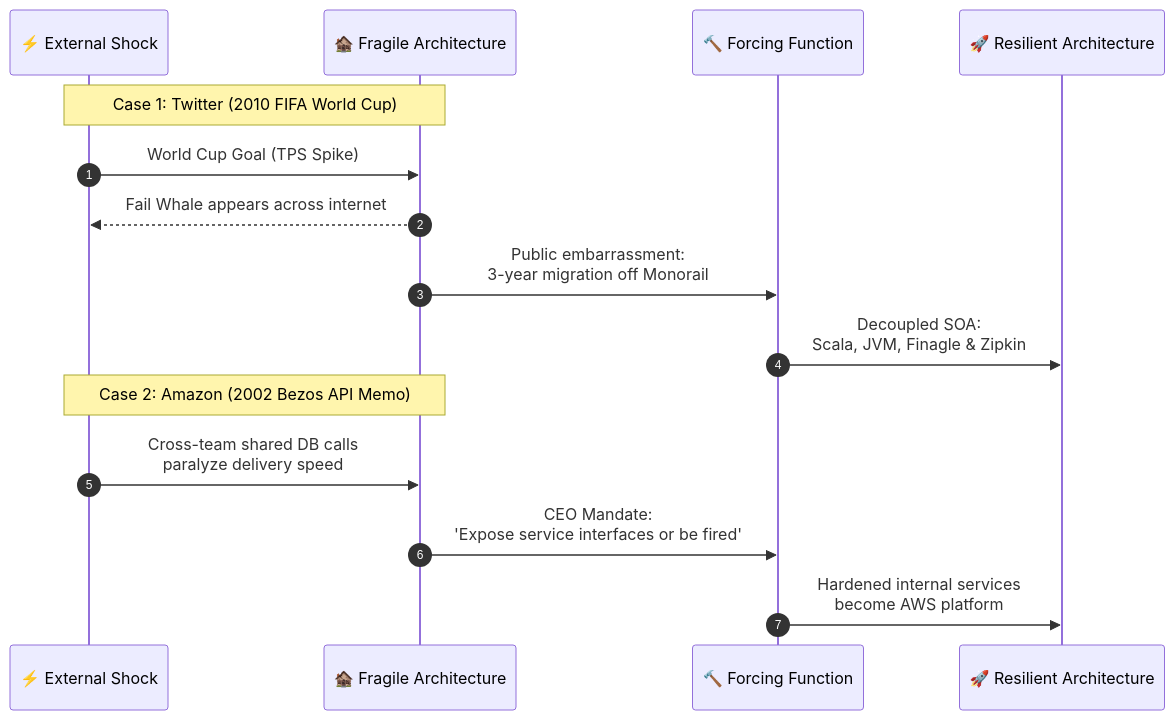
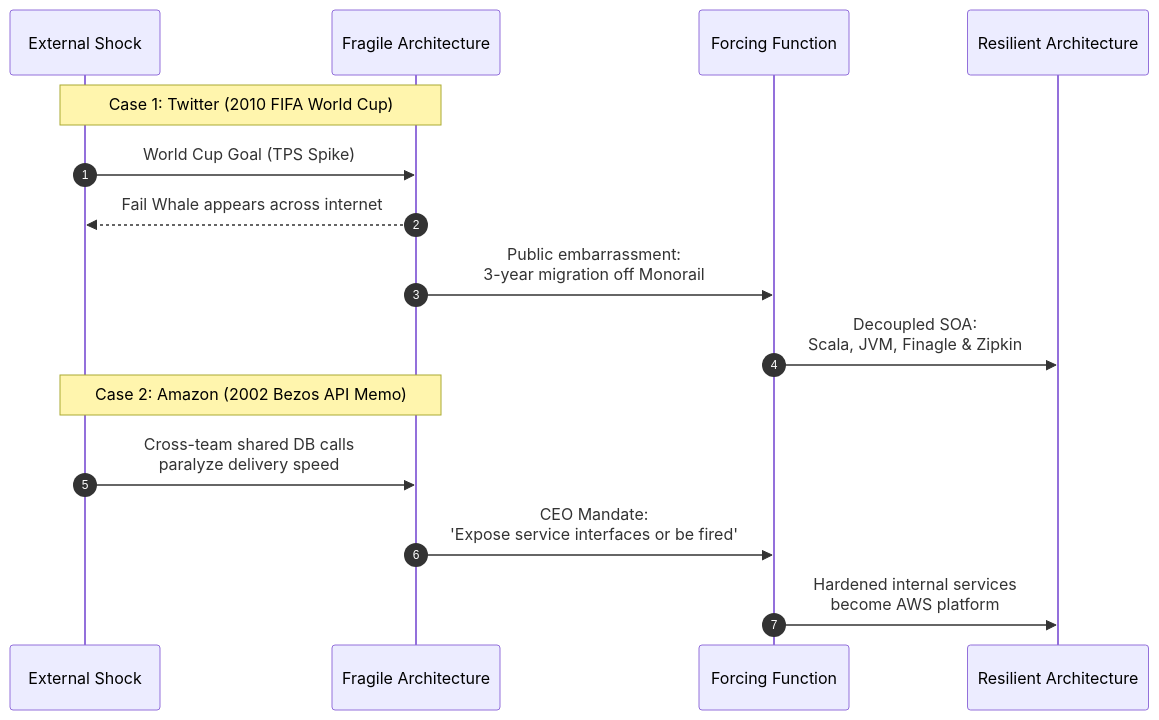
The fourth of 4 diagrams in 01-filestructure/README.md (Dustu103/system-design), drawn with Mermaid before and after one commit. The commit also changed other lines of this file and 1 other file, not shown here.

````diff
--- a/01-filestructure/README.md
+++ b/01-filestructure/README.md
@@ -101,19 +101,19 @@
 ```mermaid
 sequenceDiagram
     autonumber
-    participant Event as ⚡ External Shock
-    participant System as 🏚️ Fragile Architecture
-    participant Action as 🔨 Forcing Function
-    participant Future as 🚀 Resilient Architecture
+    participant Event as External Shock
+    participant System as Fragile Architecture
+    participant Action as Forcing Function
+    participant Future as Resilient Architecture
 
     Note over Event,System: Case 1: Twitter (2010 FIFA World Cup)
     Event->>System: World Cup Goal (TPS Spike)
     System-->>Event: Fail Whale appears across internet
     System->>Action: Public embarrassment:<br/>3-year migration off Monorail
     Action->>Future: Decoupled SOA:<br/>Scala, JVM, Finagle & Zipkin
 
     Note over Event,System: Case 2: Amazon (2002 Bezos API Memo)
     Event->>System: Cross-team shared DB calls<br/>paralyze delivery speed
     System->>Action: CEO Mandate:<br/>'Expose service interfaces or be fired'
     Action->>Future: Hardened internal services<br/>become AWS platform
 ```
````
